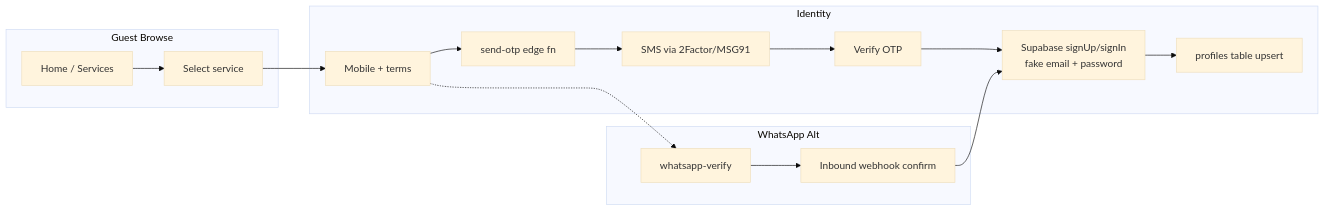
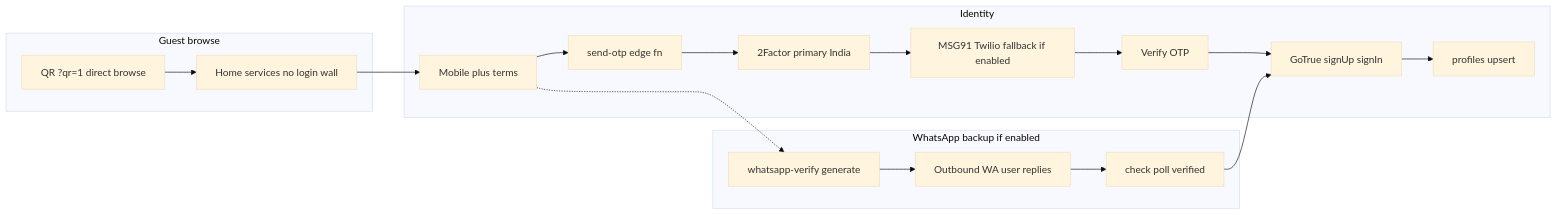
One commit to scanversecorp/scanverse changed the third of 7 diagrams in docs/APP-DATA-FLOW.md. Above: the diagram before and after it, drawn with Mermaid (base theme). The commit also changed other lines of this file and 14 other files, not shown here.

First line of the commit message:
Update architecture and data-flow diagrams for v5.5.3.

````diff
--- a/docs/APP-DATA-FLOW.md
+++ b/docs/APP-DATA-FLOW.md
@@ -88,24 +99,28 @@
 ```mermaid
 flowchart LR
-    subgraph Browse["Guest Browse"]
-        B1["Home / Services"]
-        B2["Select service"]
+    subgraph Browse["Guest browse"]
+        B1["Home services no login wall"]
+        B2["QR ?qr=1 direct browse"]
     end
 
     subgraph Verify["Identity"]
-        V1["Mobile + terms"]
+        V1["Mobile plus terms"]
         V2["send-otp edge fn"]
-        V3["SMS via 2Factor/MSG91"]
-        V4["Verify OTP"]
-        V5["Supabase signUp/signIn<br/>fake email + password"]
-        V6["profiles table upsert"]
+        V3["2Factor primary India"]
+        V4["MSG91 Twilio fallback if enabled"]
+        V5["Verify OTP"]
+        V6["GoTrue signUp signIn"]
+        V7["profiles upsert"]
     end
 
-    subgraph Alt["WhatsApp Alt"]
-        W1["whatsapp-verify"]
-        W2["Inbound webhook confirm"]
+    subgraph Alt["WhatsApp backup if enabled"]
+        W1["whatsapp-verify generate"]
+        W2["Outbound WA user replies"]
+        W3["check poll verified"]
     end
 
-    B1 --> B2 --> V1 --> V2 --> V3 --> V4 --> V5 --> V6
-    V1 -.-> W1 --> W2 --> V5
+    B1 --> V1
+    B2 --> B1
+    V1 --> V2 --> V3 --> V4 --> V5 --> V6 --> V7
+    V1 -.-> W1 --> W2 --> W3 --> V6
 ```
````
